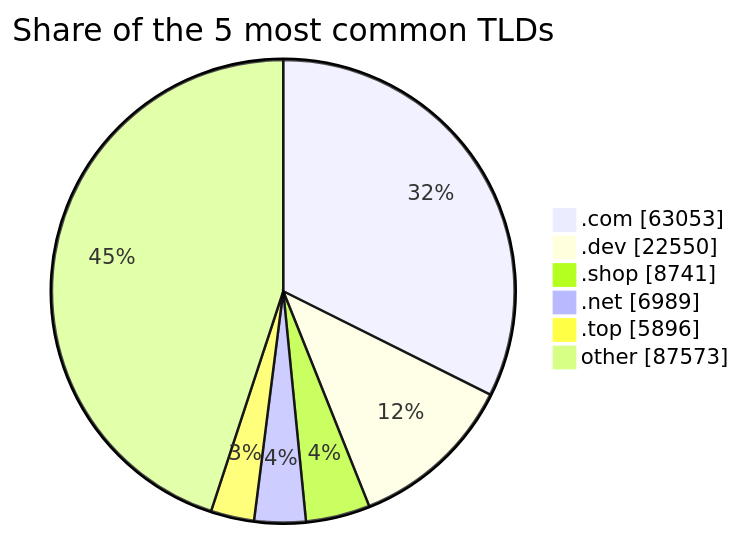
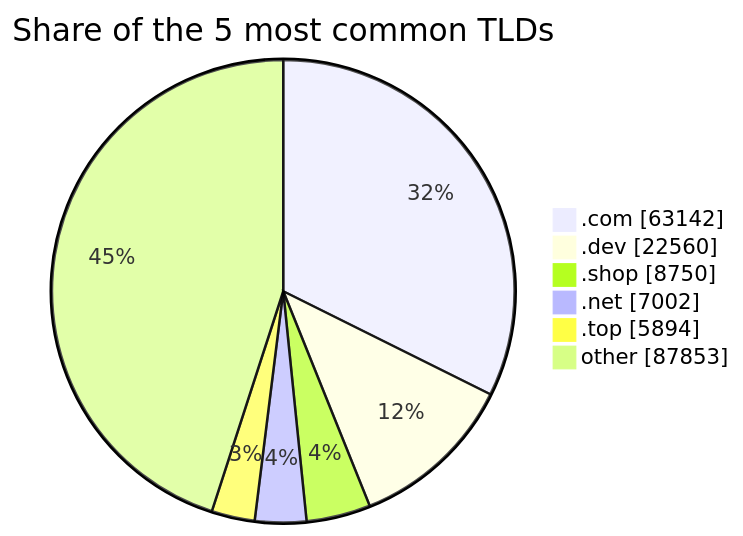
One commit to DNSBunker/CTI changed the third of 3 diagrams in README.md. Above: the diagram before and after it, drawn with Mermaid. The commit also changed other lines of this file and 3 other files, not shown here.

````diff
--- a/README.md
+++ b/README.md
@@ -81,9 +81,9 @@
 ```mermaid
 pie showData title Share of the 5 most common TLDs
-    ".com" : 63053
-    ".dev" : 22550
-    ".shop" : 8741
-    ".net" : 6989
-    ".top" : 5896
-    "other" : 87573
+    ".com" : 63142
+    ".dev" : 22560
+    ".shop" : 8750
+    ".net" : 7002
+    ".top" : 5894
+    "other" : 87853
 ```
````
